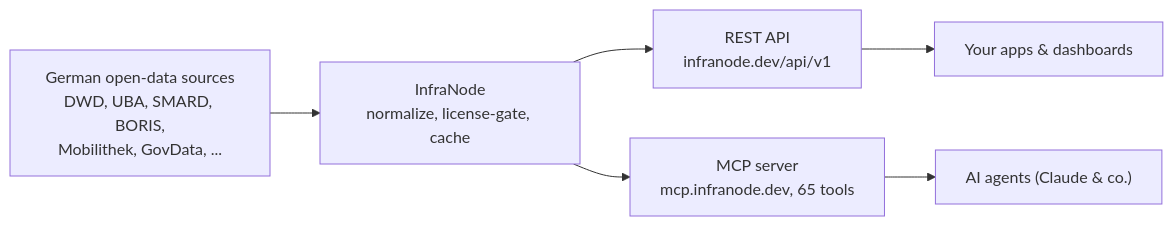
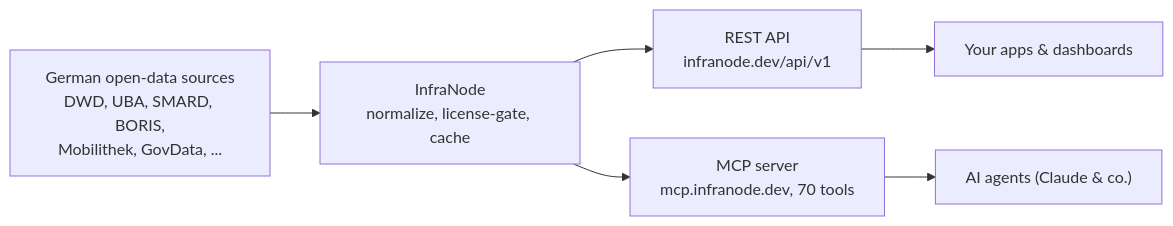
The diagram in README.md (street1983nk/infranode), drawn with Mermaid before and after one commit. The commit also changed other lines of this file and 31 other files, not shown here.

````diff
--- a/README.md
+++ b/README.md
@@ -30,8 +30,8 @@
 ```mermaid
 flowchart LR
     SRC["German open-data sources<br/>DWD, UBA, SMARD, BORIS,<br/>Mobilithek, GovData, ..."] --> CORE["InfraNode<br/>normalize, license-gate, cache"]
     CORE --> API["REST API<br/>infranode.dev/api/v1"]
-    CORE --> MCP["MCP server<br/>mcp.infranode.dev, 65 tools"]
+    CORE --> MCP["MCP server<br/>mcp.infranode.dev, 70 tools"]
     API --> APPS["Your apps &amp; dashboards"]
     MCP --> AGENTS["AI agents (Claude &amp; co.)"]
 ```
````
